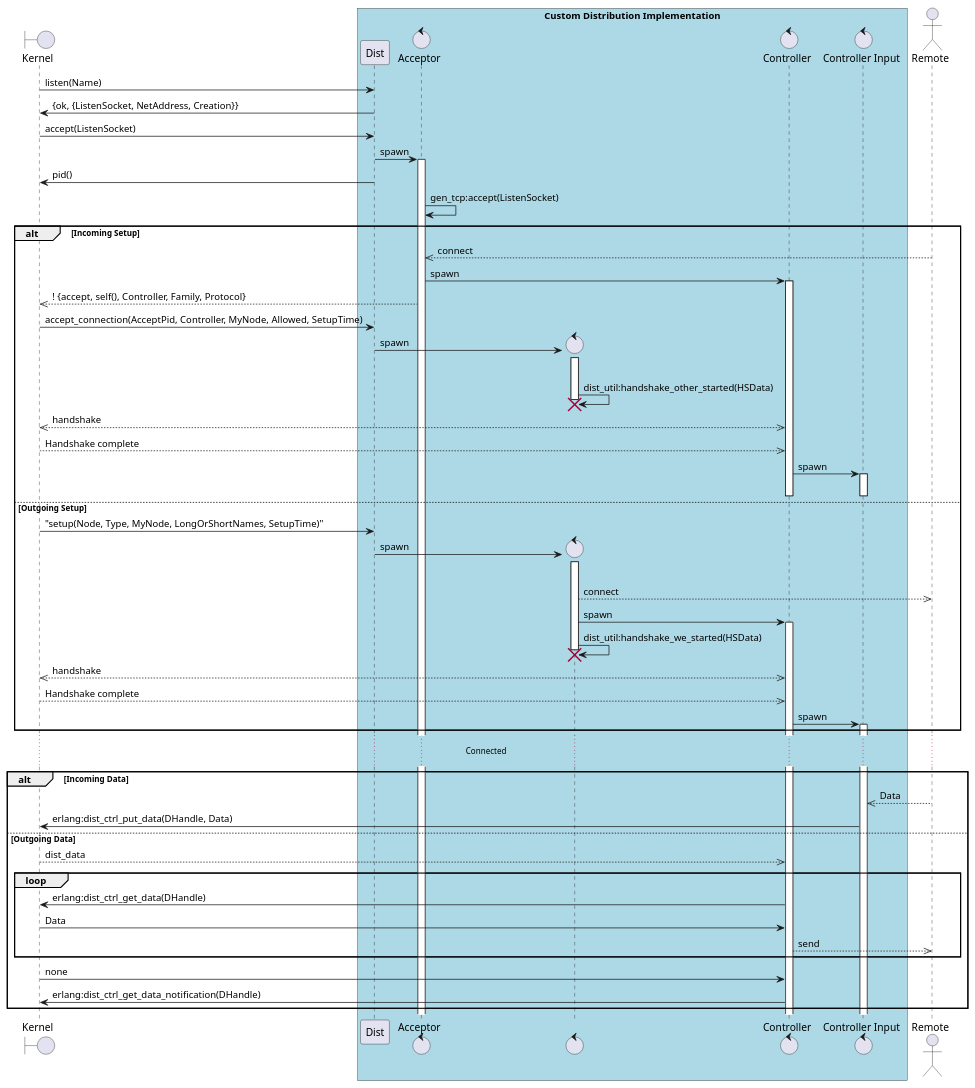
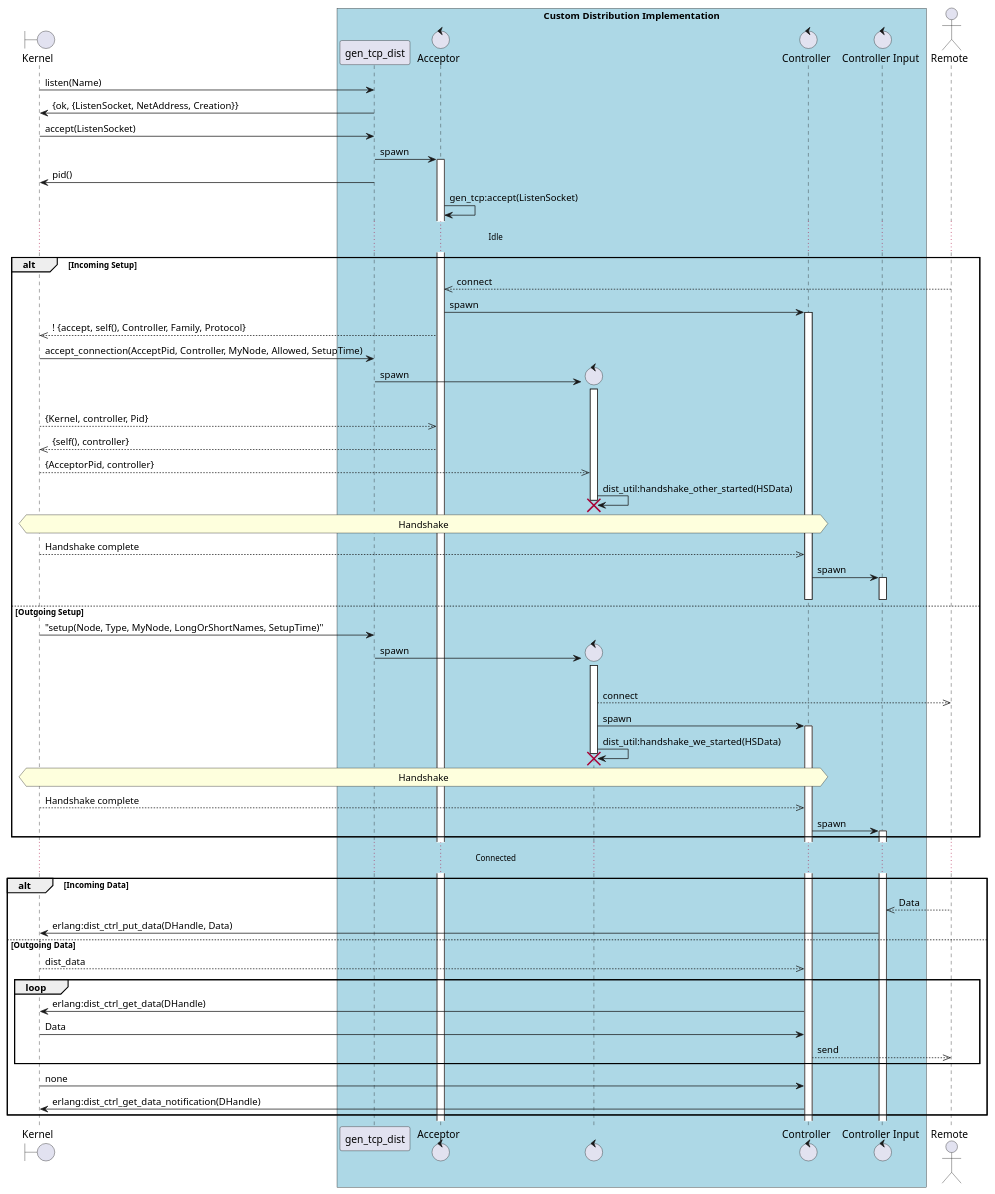
One commit to stritzinger/proto_dist changed the diagram in custom_dist.puml. Above: the diagram before and after it, drawn with PlantUML. The commit also changed 1 other file, not shown here.

Commit message:
Add acceptor and Kernel exchange during accept

```diff
--- a/custom_dist.puml
+++ b/custom_dist.puml
@@ -1,80 +1,85 @@
 @startuml
 
 ' skinparam monochrome true
 skinparam DefaultMonospacedFontName "monospace"
 
 
 boundary Kernel
 box "Custom Distribution Implementation" #LightBlue
-    participant Dist
+    participant gen_tcp_dist
     control Acceptor
     control " "
     control Controller
     control "Controller Input"
 end box
 actor Remote
 
 
-Kernel -> Dist: listen(Name)
-Dist -> Kernel: {ok, {ListenSocket, NetAddress, Creation}}
+Kernel -> gen_tcp_dist: listen(Name)
+gen_tcp_dist -> Kernel: {ok, {ListenSocket, NetAddress, Creation}}
 
-Kernel -> Dist: accept(ListenSocket)
-Dist -> Acceptor: spawn
+Kernel -> gen_tcp_dist: accept(ListenSocket)
+gen_tcp_dist -> Acceptor: spawn
 activate Acceptor
-Dist -> Kernel: pid()
+gen_tcp_dist -> Kernel: pid()
 
 Acceptor -> Acceptor: gen_tcp:accept(ListenSocket)
+
+... Idle ...
 
 alt Incoming Setup
     Remote -->> Acceptor: connect
     Acceptor -> Controller: spawn
     activate Controller
     Acceptor -->> Kernel: ! {accept, self(), Controller, Family, Protocol}
-    Kernel -> Dist: accept_connection(AcceptPid, Controller, MyNode, Allowed, SetupTime)
+    Kernel -> gen_tcp_dist: accept_connection(AcceptPid, Controller, MyNode, Allowed, SetupTime)
     create " "
-    Dist -> " ": spawn
+    gen_tcp_dist -> " ": spawn
     activate " "
+    Kernel -->> Acceptor: {Kernel, controller, Pid}
+    Acceptor -->> Kernel: {self(), controller}
+    Kernel -->> " ": {AcceptorPid, controller}
     " " -> " ": dist_util:handshake_other_started(HSData)
     destroy " "
-    Kernel <<-->> Controller: handshake
+    hnote over Kernel, Controller: Handshake
     Kernel -->> Controller: Handshake complete
 
     Controller -> "Controller Input": spawn
     activate "Controller Input"
 else Outgoing Setup
     deactivate Controller
     deactivate "Controller Input"
-    Kernel -> Dist: "setup(Node, Type, MyNode, LongOrShortNames, SetupTime)"
+    Kernel -> gen_tcp_dist: "setup(Node, Type, MyNode, LongOrShortNames, SetupTime)"
     create " "
-    Dist -> " ": spawn
+    gen_tcp_dist -> " ": spawn
     activate " "
     " " -->> Remote: connect
     " " -> Controller: spawn
     activate Controller
     " " -> " ": dist_util:handshake_we_started(HSData)
     destroy " "
 
-    Kernel <<-->> Controller: handshake
+    hnote over Kernel, Controller: Handshake
     Kernel -->> Controller: Handshake complete
 
     Controller -> "Controller Input": spawn
     activate "Controller Input"
 end
 
 ... Connected ...
 
 alt Incoming Data
     Remote -->> "Controller Input": Data
     "Controller Input" -> Kernel: erlang:dist_ctrl_put_data(DHandle, Data)
 else Outgoing Data
     Kernel -->> Controller: dist_data
     loop
         Controller -> Kernel: erlang:dist_ctrl_get_data(DHandle)
         Kernel -> Controller: Data
         Controller -->> Remote: send
     end
     Kernel -> Controller: none
     Controller -> Kernel: erlang:dist_ctrl_get_data_notification(DHandle)
 end
 
 @enduml
```
